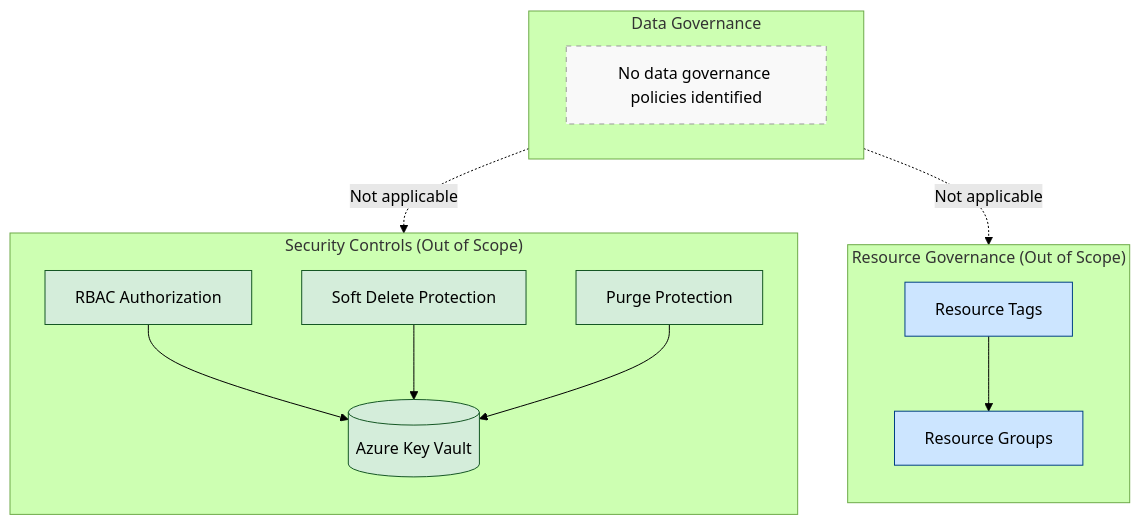
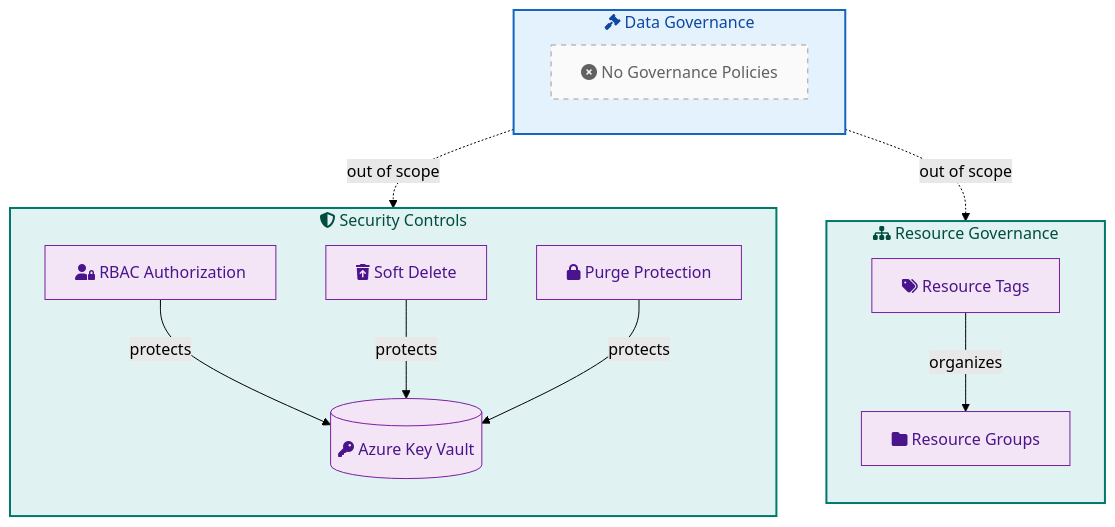
The fourth of 4 diagrams in docs/architecture/Data.md (Evilazaro/DevExp-DevBox), drawn with Mermaid (forest theme) before and after one commit. The commit also changed other lines of this file, not shown here.

Commit message:
docs: refine Data Architecture document for clarity and structure

````diff
--- a/docs/architecture/Data.md
+++ b/docs/architecture/Data.md
@@ -181,36 +241,38 @@
 ```mermaid
 flowchart TB
-    subgraph DataGovernance["Data Governance"]
-        NoGovernance["No data governance policies identified"]
+    subgraph DataGov["fa:fa-gavel Data Governance"]
+        NO_GOV["fa:fa-times-circle No Governance Policies"]
     end
-    
-    subgraph SecurityControls["Security Controls (Out of Scope)"]
+
+    subgraph SecControls["fa:fa-shield-alt Security Controls"]
         direction TB
-        RBAC["RBAC Authorization"]
-        SoftDelete["Soft Delete Protection"]
-        PurgeProtect["Purge Protection"]
-        
-        RBAC --> KeyVault[("Azure Key Vault")]
-        SoftDelete --> KeyVault
-        PurgeProtect --> KeyVault
+        RBAC["fa:fa-user-lock RBAC Authorization"]
+        SOFT_DEL["fa:fa-trash-restore Soft Delete"]
+        PURGE["fa:fa-lock Purge Protection"]
+        KV[("fa:fa-key Azure Key Vault")]
+        RBAC -->|"protects"| KV
+        SOFT_DEL -->|"protects"| KV
+        PURGE -->|"protects"| KV
     end
-    
-    subgraph ResourceGovernance["Resource Governance (Out of Scope)"]
+
+    subgraph ResGov["fa:fa-sitemap Resource Governance"]
         direction TB
-        Tags["Resource Tags"]
-        RG["Resource Groups"]
-        
-        Tags --> RG
+        TAGS["fa:fa-tags Resource Tags"]
+        RG["fa:fa-folder Resource Groups"]
+        TAGS -->|"organizes"| RG
     end
-    
-    DataGovernance -.->|"Not applicable"| SecurityControls
-    DataGovernance -.->|"Not applicable"| ResourceGovernance
-    
-    classDef notFound fill:#f9f9f9,stroke:#999,stroke-dasharray: 5 5
-    classDef security fill:#d4edda,stroke:#155724
-    classDef governance fill:#cce5ff,stroke:#004085
-    
-    class NoGovernance notFound
-    class RBAC,SoftDelete,PurgeProtect,KeyVault security
-    class Tags,RG governance
+
+    DataGov -.->|"out of scope"| SecControls
+    DataGov -.->|"out of scope"| ResGov
+
+    %% Style Definitions - Data Architecture
+    classDef L0 fill:#E3F2FD,stroke:#1565C0,stroke-width:2px,color:#0D47A1
+    classDef L1 fill:#E0F2F1,stroke:#00796B,stroke-width:2px,color:#004D40
+    classDef L3 fill:#F3E5F5,stroke:#7B1FA2,stroke-width:1px,color:#4A148C
+    classDef notFound fill:#FAFAFA,stroke:#9E9E9E,stroke-width:1px,stroke-dasharray:5 5,color:#616161
+
+    class DataGov L0
+    class SecControls,ResGov L1
+    class NO_GOV notFound
+    class RBAC,SOFT_DEL,PURGE,KV,TAGS,RG L3
 ```
````
